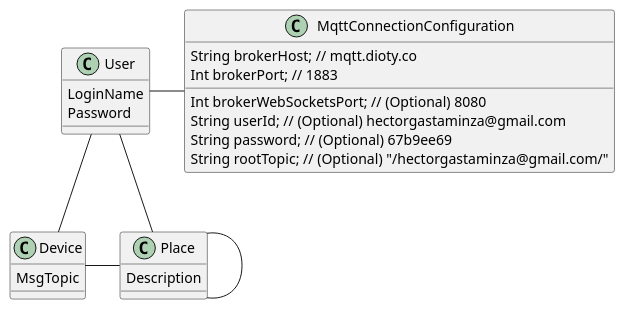
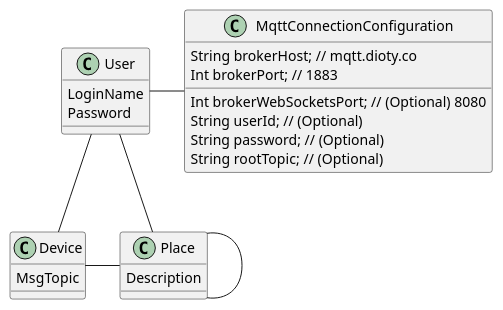
One commit to hectorgastaminza/Iot changed the diagram in Diagrams/DEntities.puml. Above: the diagram before and after it, drawn with PlantUML. The commit also changed 1 other file, not shown here.

```diff
--- a/Diagrams/DEntities.puml
+++ b/Diagrams/DEntities.puml
@@ -1,28 +1,28 @@
 @startuml
 
 class User {
   LoginName
   Password
 }
 class Device {
   MsgTopic
 }
 class Place {
   Description
 }
 class MqttConnectionConfiguration{
   String brokerHost; // mqtt.dioty.co
   Int brokerPort; // 1883
   Int brokerWebSocketsPort; // (Optional) 8080
-  String userId; // (Optional) hectorgastaminza@gmail.com
-  String password; // (Optional) 67b9ee69
-  String rootTopic; // (Optional) "/hectorgastaminza@gmail.com/"
+  String userId; // (Optional)
+  String password; // (Optional)
+  String rootTopic; // (Optional)
 }
 
 User -right- MqttConnectionConfiguration
 User -down- Place
 Place - Place
 User -down- Device
 Place -left- Device
 
 @enduml
```
